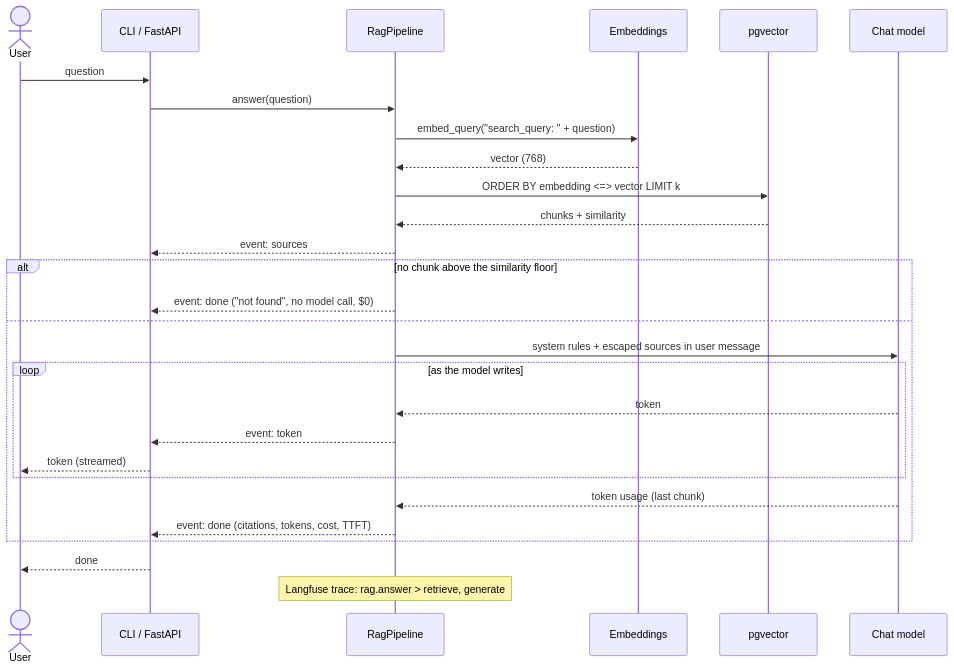
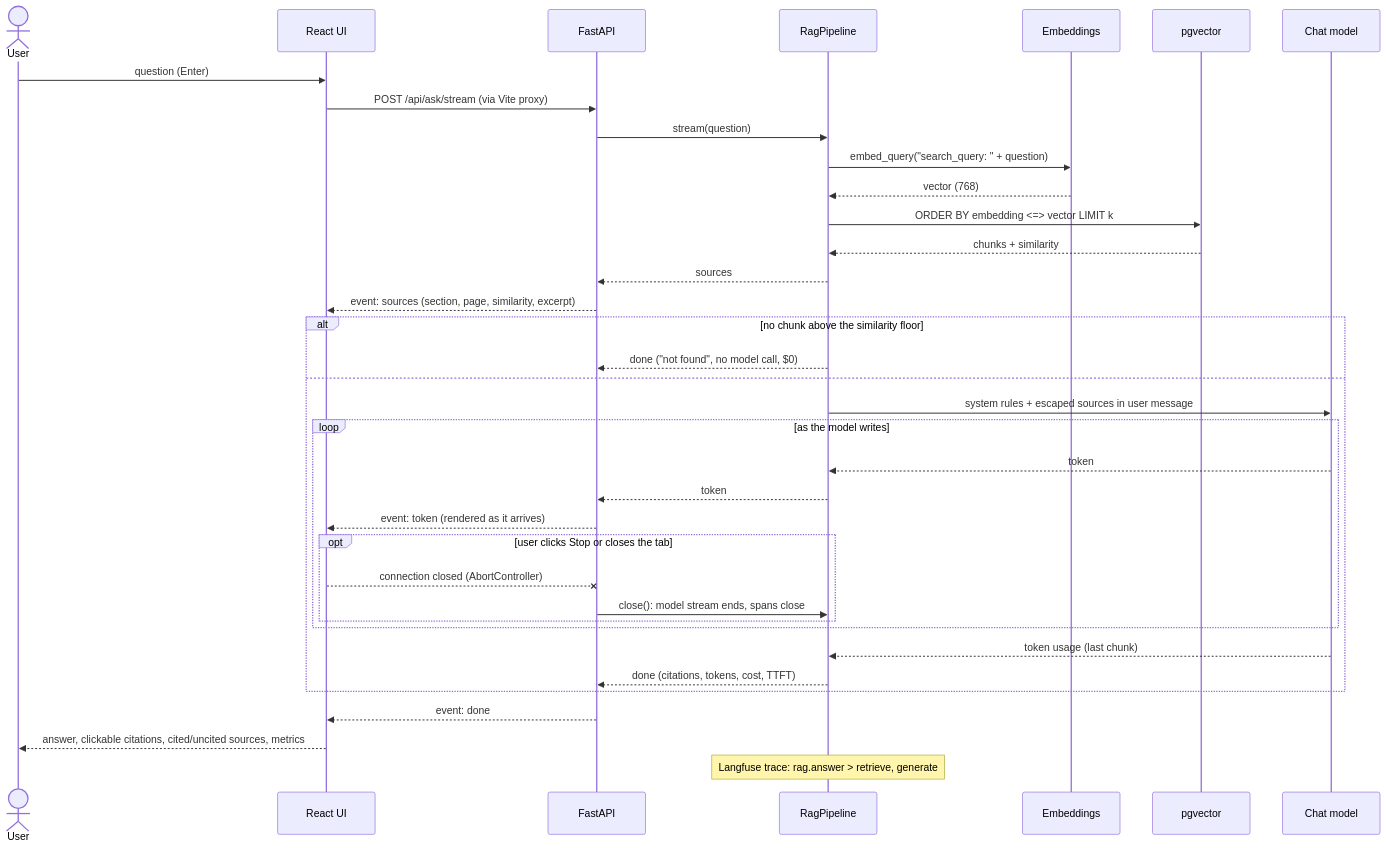
The second of 4 diagrams in docs/architecture/README.md (ashokgharpankar/kb-assistant), drawn with Mermaid before and after one commit. The commit also changed other lines of this file and 45 other files, not shown here.

Commit message:
Phase 2b: React UI with streaming answers, checked citations and Stop

````diff
--- a/docs/architecture/README.md
+++ b/docs/architecture/README.md
@@ -54,31 +59,39 @@
 ```mermaid
 sequenceDiagram
   actor U as User
-  participant API as CLI / FastAPI
+  participant UI as React UI
+  participant API as FastAPI
   participant R as RagPipeline
   participant EM as Embeddings
   participant DB as pgvector
   participant LLM as Chat model
 
-  U->>API: question
-  API->>R: answer(question)
+  U->>UI: question (Enter)
+  UI->>API: POST /api/ask/stream (via Vite proxy)
+  API->>R: stream(question)
   R->>EM: embed_query("search_query: " + question)
   EM-->>R: vector (768)
   R->>DB: ORDER BY embedding <=> vector LIMIT k
   DB-->>R: chunks + similarity
-  R-->>API: event: sources
+  R-->>API: sources
+  API-->>UI: event: sources (section, page, similarity, excerpt)
   alt no chunk above the similarity floor
-    R-->>API: event: done ("not found", no model call, $0)
+    R-->>API: done ("not found", no model call, $0)
   else
     R->>LLM: system rules + escaped sources in user message
     loop as the model writes
       LLM-->>R: token
-      R-->>API: event: token
-      API-->>U: token (streamed)
+      R-->>API: token
+      API-->>UI: event: token (rendered as it arrives)
+      opt user clicks Stop or closes the tab
+        UI--xAPI: connection closed (AbortController)
+        API->>R: close(): model stream ends, spans close
+      end
     end
     LLM-->>R: token usage (last chunk)
-    R-->>API: event: done (citations, tokens, cost, TTFT)
+    R-->>API: done (citations, tokens, cost, TTFT)
   end
-  API-->>U: done
+  API-->>UI: event: done
+  UI-->>U: answer, clickable citations, cited/uncited sources, metrics
   Note over R: Langfuse trace: rag.answer > retrieve, generate
 ```
````
